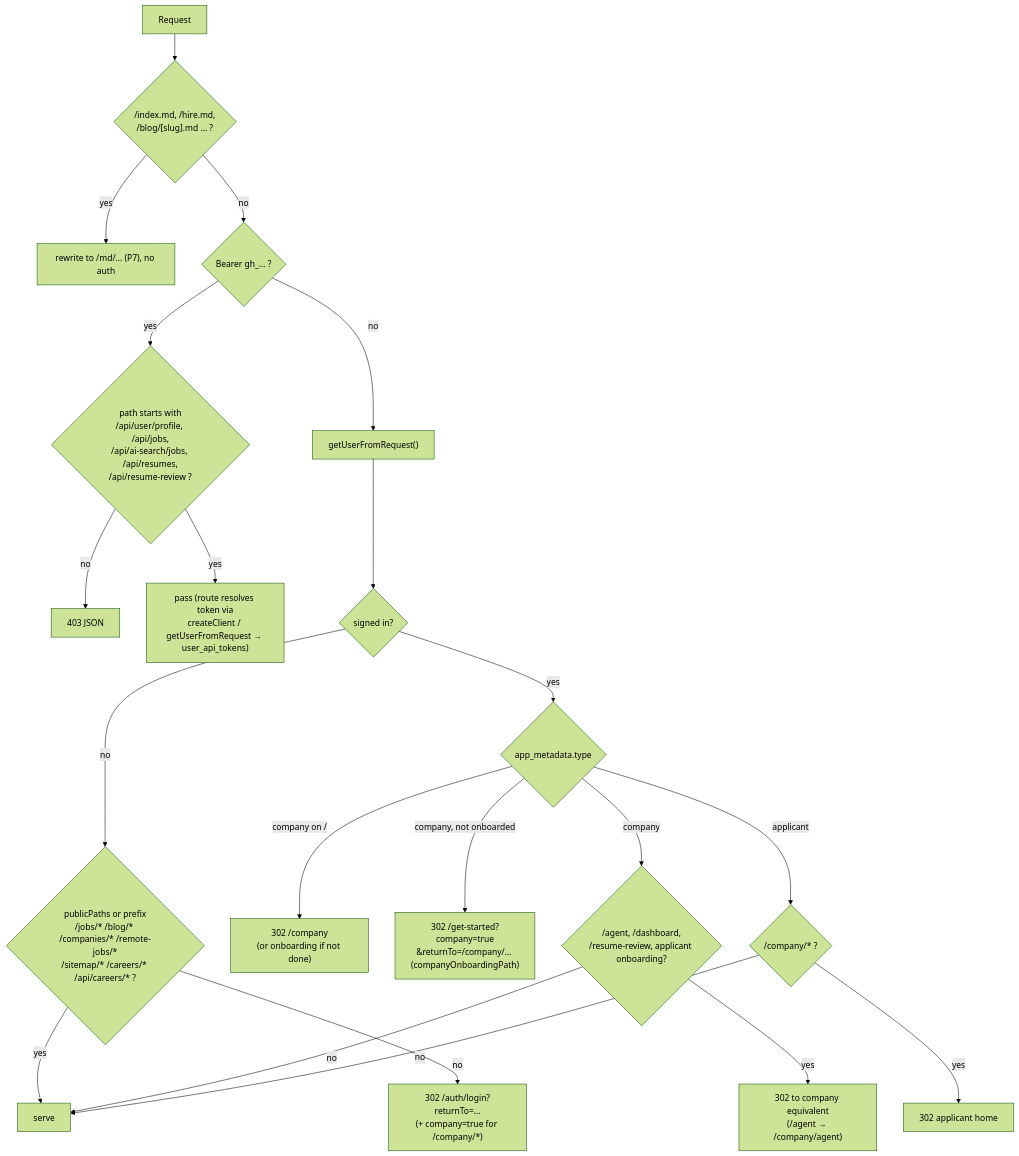
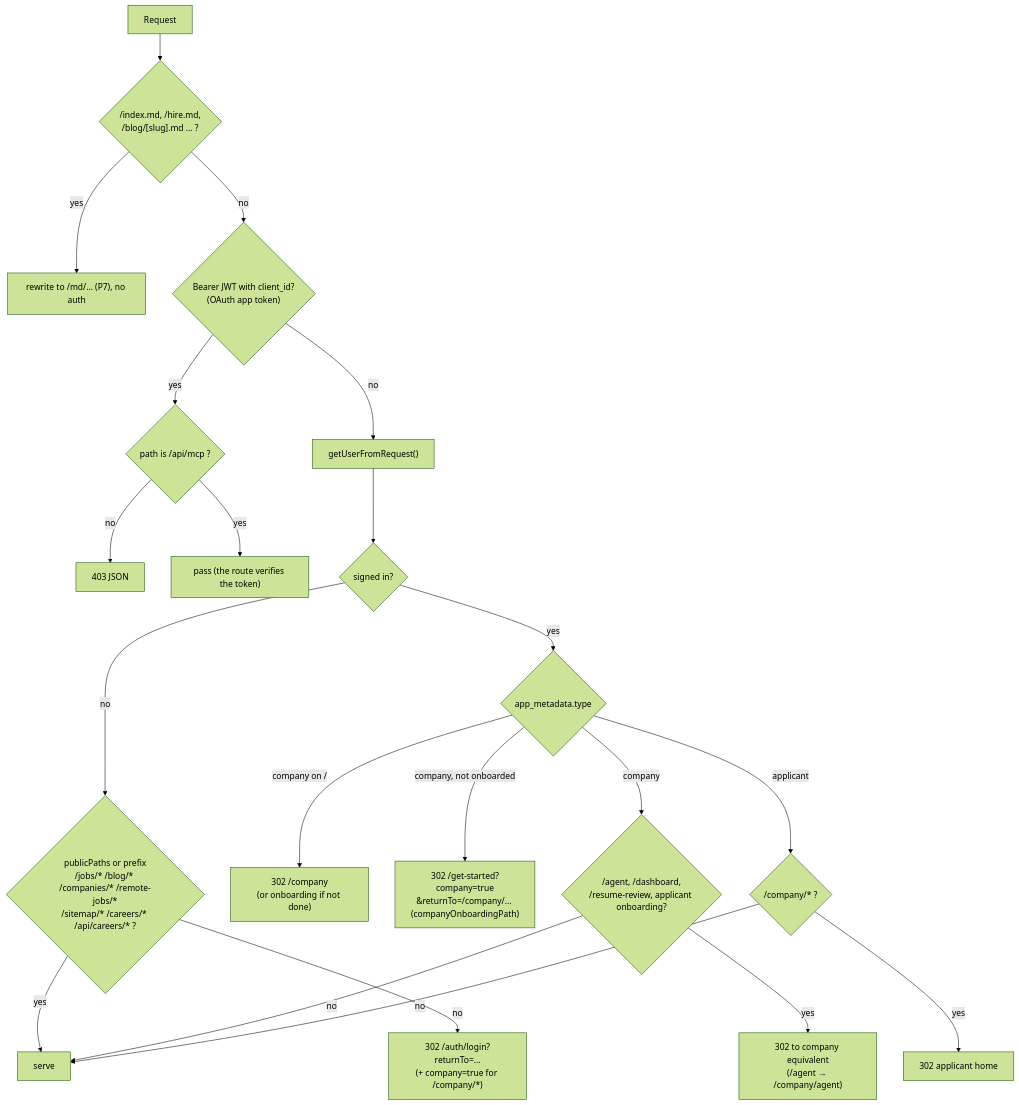
One commit to kVarunkk/GetHired changed the first of 7 diagrams in docs/app-flows/01-platform.md. Above: the diagram before and after it, drawn with Mermaid (forest theme). The commit also changed other lines of this file and 251 other files, not shown here.

First line of the commit message:
feat: wire MCP, candidate imports and the pool into the app

````diff
--- a/docs/app-flows/01-platform.md
+++ b/docs/app-flows/01-platform.md
@@ -5,23 +5,23 @@
 ```mermaid
 flowchart TD
   R["Request"] --> MD{"/index.md, /hire.md,<br/>/blog/[slug].md … ?"}
   MD -- yes --> RW["rewrite to /md/… (P7), no auth"]
-  MD -- no --> T{"Bearer gh_… ?"}
-  T -- yes --> TA{"path starts with<br/>/api/user/profile, /api/jobs,<br/>/api/ai-search/jobs, /api/resumes,<br/>/api/resume-review ?"}
+  MD -- no --> T{"Bearer JWT with client_id?<br/>(OAuth app token)"}
+  T -- yes --> TA{"path is /api/mcp ?"}
   TA -- no --> F403["403 JSON"]
-  TA -- yes --> PASS["pass (route resolves token via<br/>createClient / getUserFromRequest → user_api_tokens)"]
+  TA -- yes --> PASS["pass (the route verifies the token)"]
   T -- no --> U["getUserFromRequest()"]
   U --> S{"signed in?"}
   S -- no --> P{"publicPaths or prefix<br/>/jobs/* /blog/* /companies/* /remote-jobs/*<br/>/sitemap/* /careers/* /api/careers/* ?"}
   P -- yes --> OK["serve"]
   P -- no --> LOGIN["302 /auth/login?returnTo=…<br/>(+ company=true for /company/*)"]
   S -- yes --> M{"app_metadata.type"}
   M -- "company on /" --> CH["302 /company<br/>(or onboarding if not done)"]
   M -- company, not onboarded --> GS["302 /get-started?company=true<br/>&returnTo=/company/… (companyOnboardingPath)"]
   M -- company --> CO{"/agent, /dashboard,<br/>/resume-review, applicant onboarding?"}
   CO -- yes --> CR["302 to company equivalent<br/>(/agent → /company/agent)"]
   CO -- no --> OK
   M -- applicant --> AP{"/company/* ?"}
   AP -- yes --> AR["302 applicant home"]
   AP -- no --> OK
 ```
````
